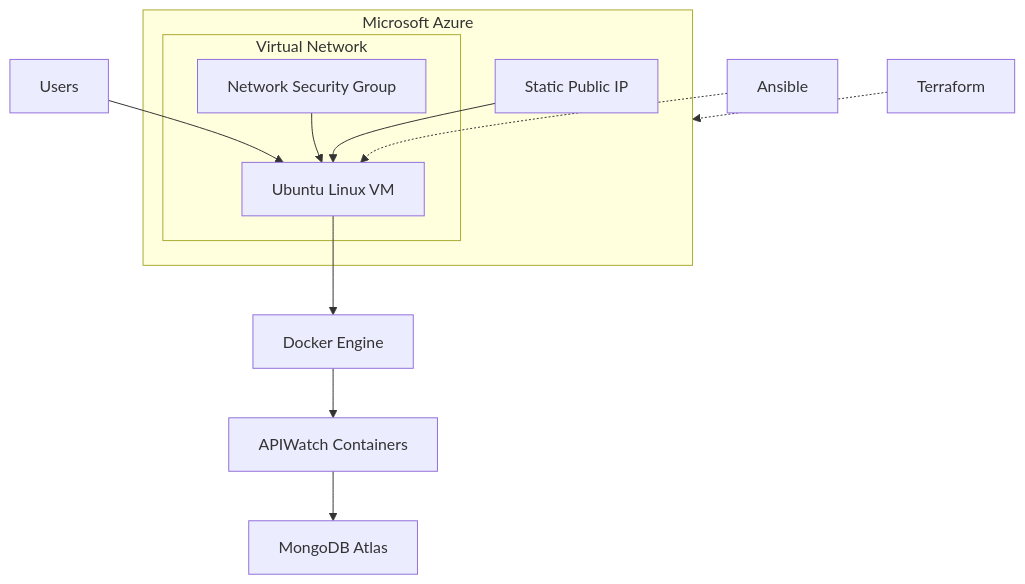
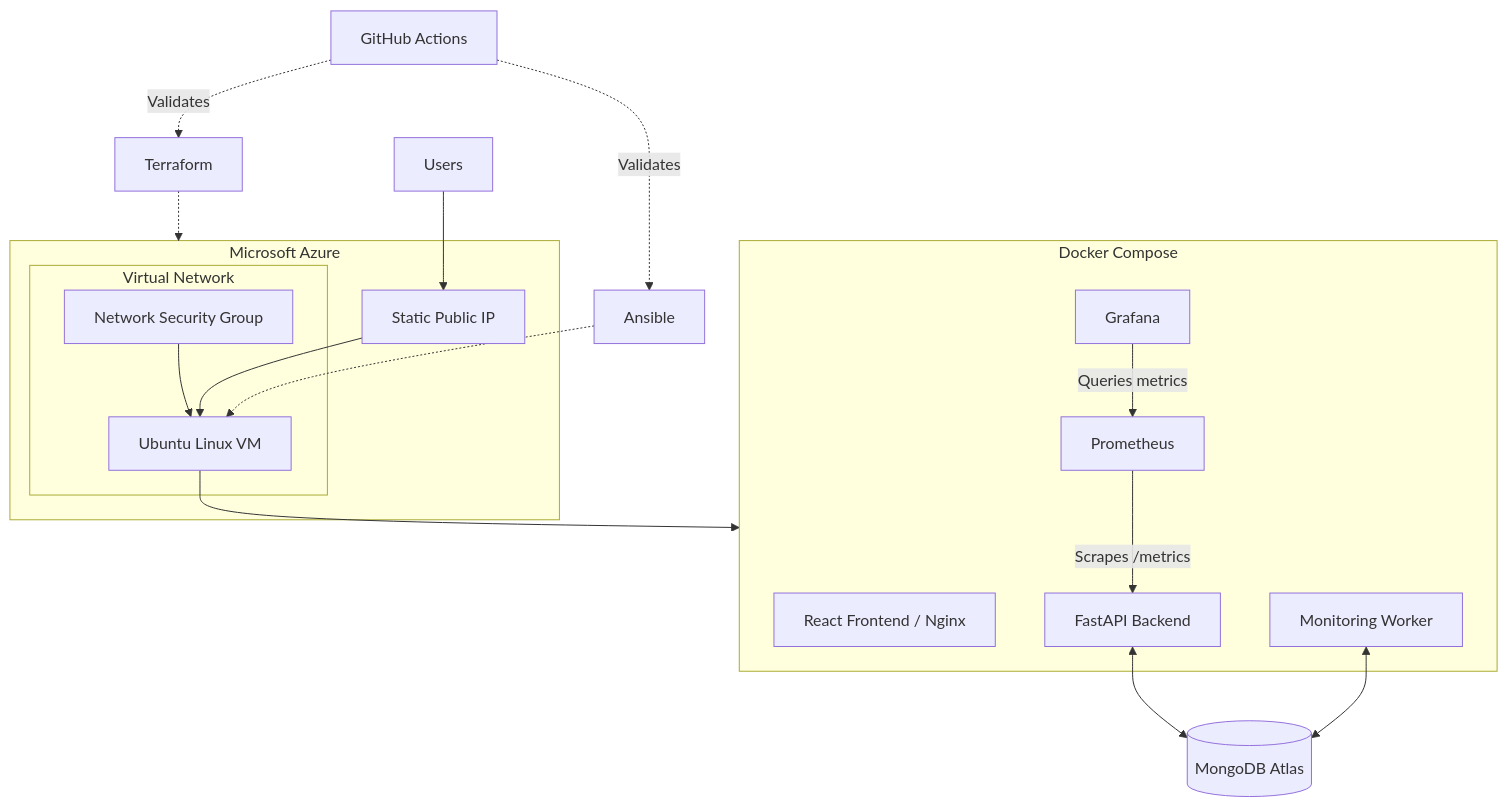
One commit to KHsalma123/apiwatch-infrastructure changed the diagram in README.md. Above: the diagram before and after it, drawn with Mermaid. The commit also changed other lines of this file, not shown here.

````diff
--- a/README.md
+++ b/README.md
@@ -11,21 +13,33 @@
 ```mermaid
 flowchart TB
-    U[Users] --> VM
+    U["Users"] --> PIP["Static Public IP"]
 
     subgraph AZ["Microsoft Azure"]
         subgraph VNET["Virtual Network"]
             NSG["Network Security Group"]
             VM["Ubuntu Linux VM"]
             NSG --> VM
         end
-
-        PIP["Static Public IP"] --> VM
+        PIP --> VM
     end
 
-    VM --> DC["Docker Engine"]
-    DC --> APP["APIWatch Containers"]
-    APP --> AT["MongoDB Atlas"]
-    
+    subgraph DOCKER["Docker Compose"]
+        FE["React Frontend / Nginx"]
+        API["FastAPI Backend"]
+        WRK["Monitoring Worker"]
+        PROM["Prometheus"]
+        GRAF["Grafana"]
+    end
+
+    VM --> DOCKER
+    PROM -->|"Scrapes /metrics"| API
+    GRAF -->|"Queries metrics"| PROM
+
+    API <--> DB[("MongoDB Atlas")]
+    WRK <--> DB
+
     T["Terraform"] -.-> AZ
     A["Ansible"] -.-> VM
+    CI["GitHub Actions"] -.->|"Validates"| T
+    CI -.->|"Validates"| A
 ```
````
